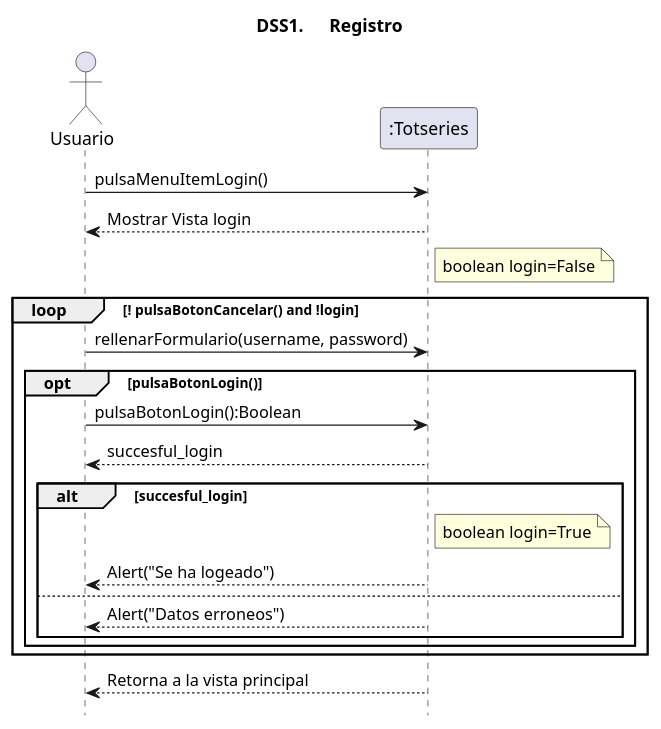
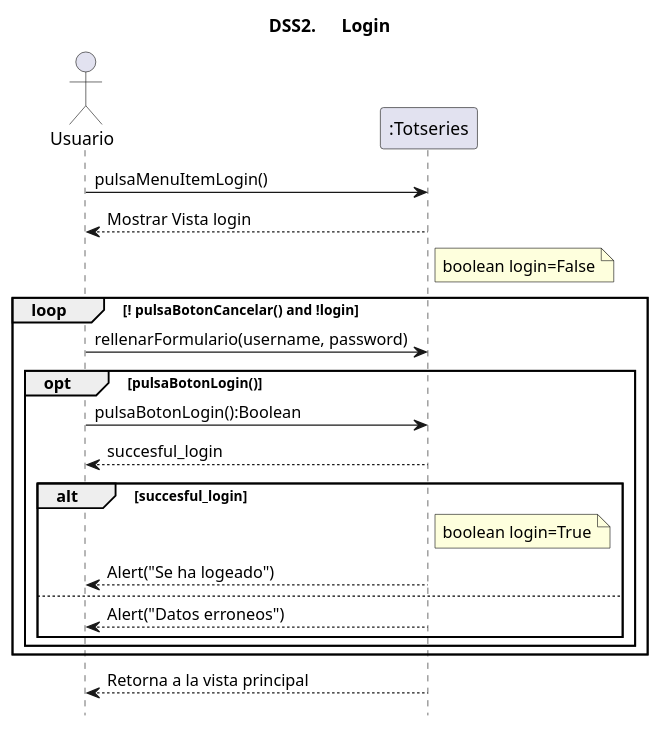
Before and after one commit to MrViciao/TotSeries: the diagram in src/totseries/Uml/Sistema/Diagrama de Sistema Login.puml, drawn with PlantUML. The commit also changed 8 other files, not shown here.

```diff
--- a/src/totseries/Uml/Sistema/Diagrama de Sistema Login.puml
+++ b/src/totseries/Uml/Sistema/Diagrama de Sistema Login.puml
@@ -1,29 +1,30 @@
 @startuml
-title	DSS1.	Registro	
+title	DSS2.	Login	
 hide	footbox
+
 actor	Usuario	as	user
 participant ":Totseries" as TotSeries
 
 user	->	TotSeries:pulsaMenuItemLogin()
 TotSeries --> user: Mostrar Vista login
 
 note right TotSeries
     boolean login=False
 end note
 loop ! pulsaBotonCancelar() and !login
     user -> TotSeries:rellenarFormulario(username, password)
     opt pulsaBotonLogin()
         user -> TotSeries:pulsaBotonLogin():Boolean
         TotSeries --> user: succesful_login
         alt succesful_login
             note right TotSeries
                 boolean login=True
             end note
             TotSeries --> user: Alert("Se ha logeado")
         else
         TotSeries --> user: Alert("Datos erroneos")
         end alt
     end opt
 end loop
 TotSeries --> user: Retorna a la vista principal
 @enduml
```
